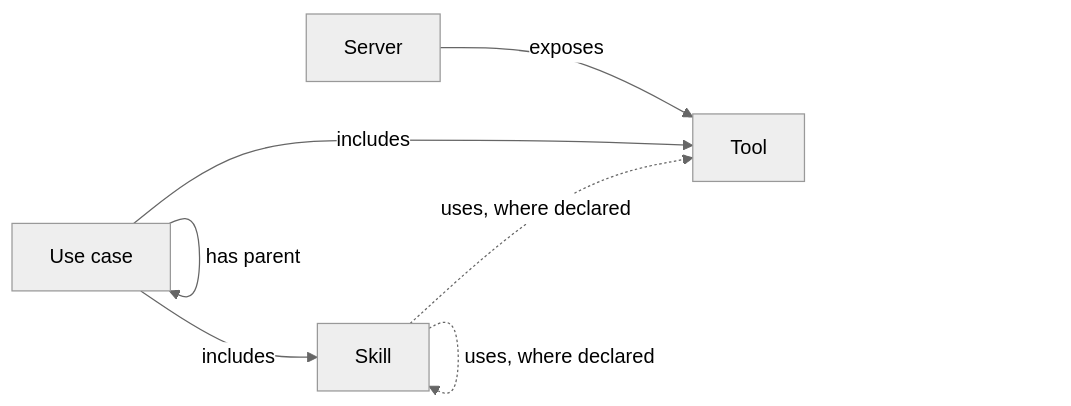
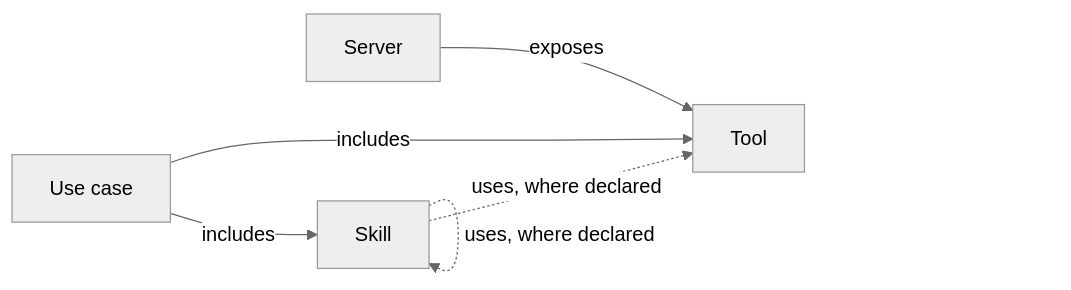
One commit to adrianB1996/mcp-gateway-registry changed the first of 2 diagrams in docs/design/knowledge-graph-search.md. Above: the diagram before and after it, drawn with Mermaid (neutral theme). The commit also changed other lines of this file, not shown here.

````diff
--- a/docs/design/knowledge-graph-search.md
+++ b/docs/design/knowledge-graph-search.md
@@ -49,9 +49,8 @@
 ```mermaid
 graph LR
     SV[Server] -->|exposes| TL[Tool]
     UC[Use case] -->|includes| SK[Skill]
     UC -->|includes| TL
-    UC -->|has parent| UC
     SK -.->|uses, where declared| TL
     SK -.->|uses, where declared| SK
 ```
````
